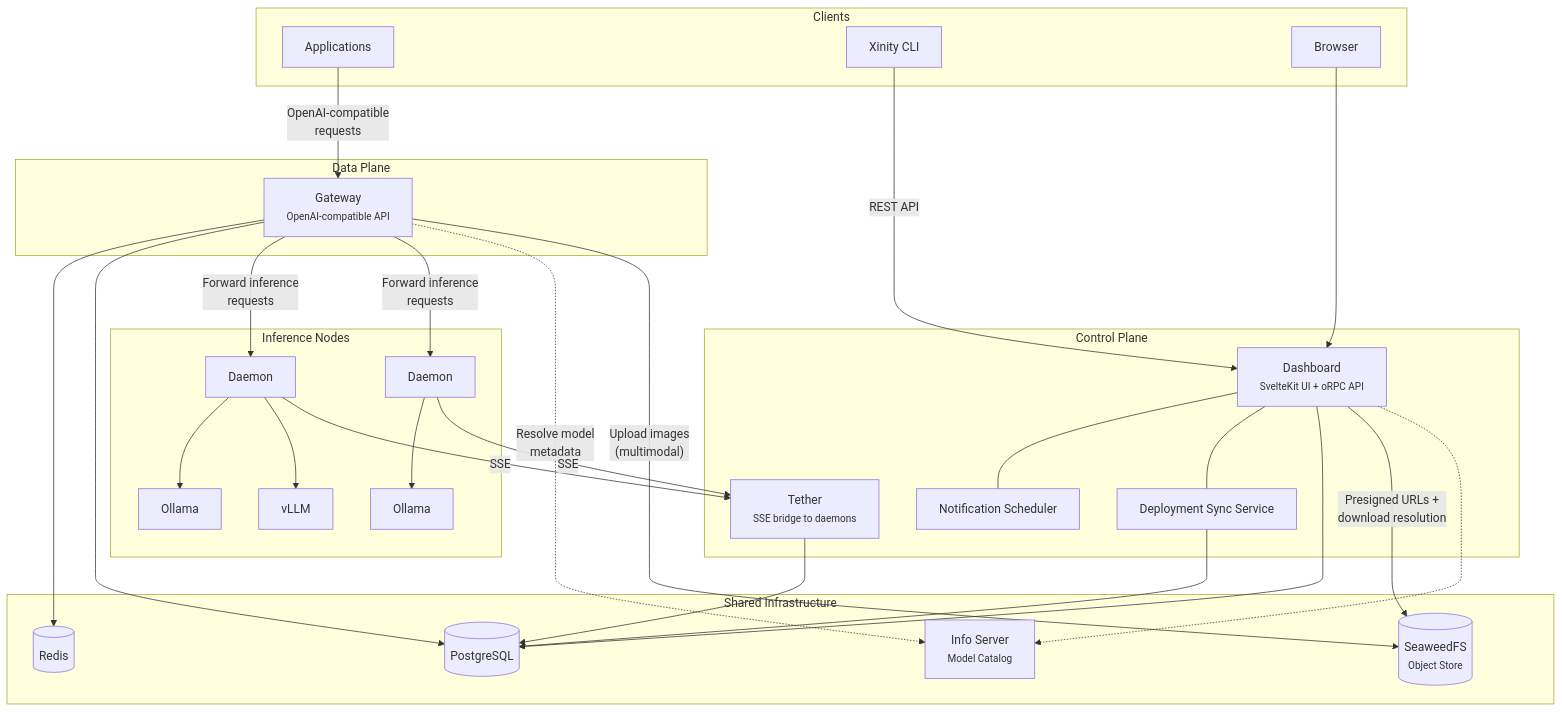
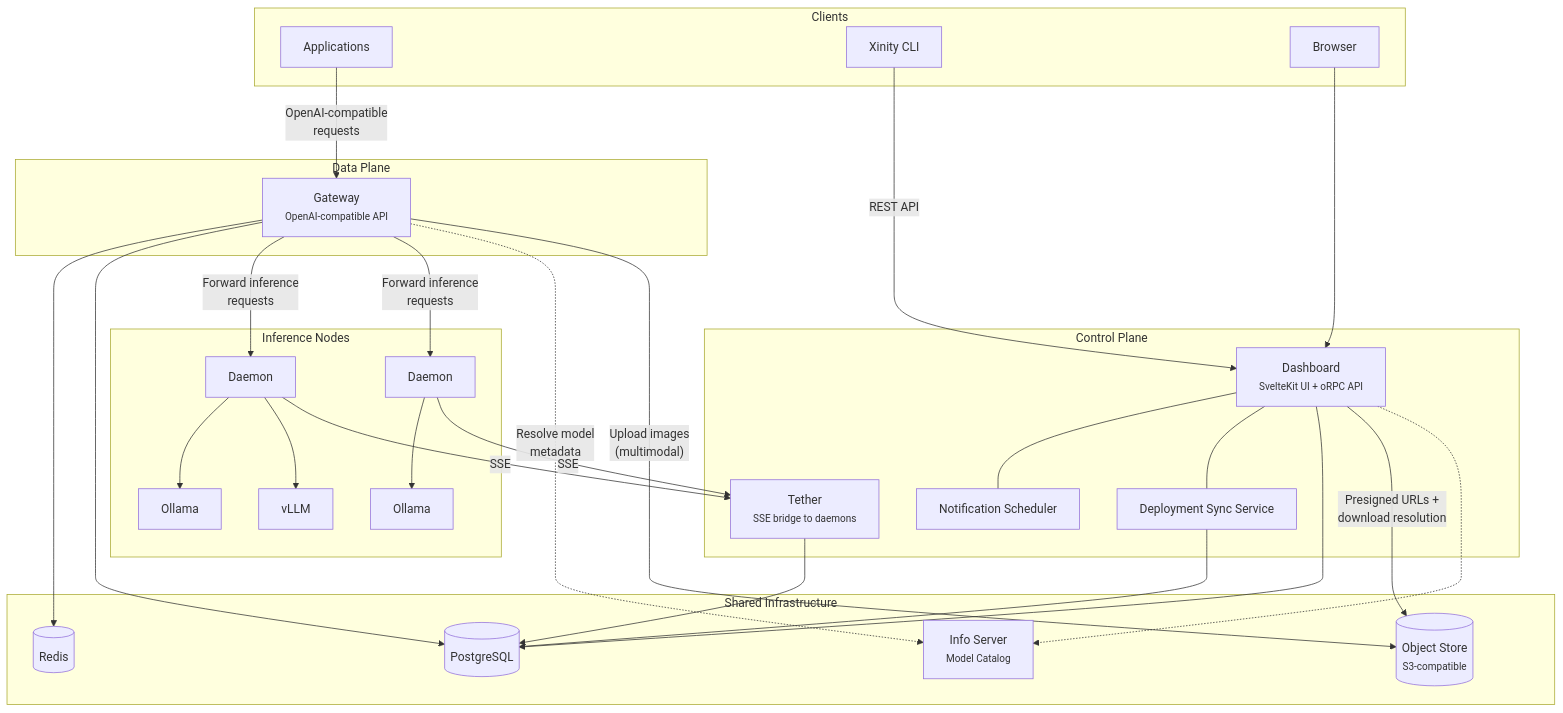
The first of 3 diagrams in docs/architecture.md (xinity-ai/xinity-ai), drawn with Mermaid before and after one commit. The commit also changed other lines of this file and 221 other files, not shown here.

````diff
--- a/docs/architecture.md
+++ b/docs/architecture.md
@@ -11,60 +11,60 @@
 ```mermaid
 graph TB
     subgraph Clients
         App["Applications"]
         CLI["Xinity CLI"]
         Browser["Browser"]
     end
 
     subgraph "Control Plane"
         Dashboard["Dashboard<br/><small>SvelteKit UI + oRPC API</small>"]
         NotifSched["Notification Scheduler"]
         DeploySync["Deployment Sync Service"]
         Dashboard --- NotifSched
         Dashboard --- DeploySync
         Tether["Tether<br/><small>SSE bridge to daemons</small>"]
     end
 
     subgraph "Data Plane"
         Gateway["Gateway<br/><small>OpenAI-compatible API</small>"]
     end
 
     subgraph "Inference Nodes"
         Daemon1["Daemon"]
         Ollama1["Ollama"]
         VLLM1["vLLM"]
         Daemon1 --> Ollama1
         Daemon1 --> VLLM1
 
         Daemon2["Daemon"]
         Ollama2["Ollama"]
         Daemon2 --> Ollama2
     end
 
     subgraph "Shared Infrastructure"
         DB[("PostgreSQL")]
         Redis[("Redis")]
         Infoserver["Info Server<br/><small>Model Catalog</small>"]
-        SeaweedFS[("SeaweedFS<br/><small>Object Store</small>")]
+        ObjectStore[("Object Store<br/><small>S3-compatible</small>")]
     end
 
     App -->|"OpenAI-compatible<br/>requests"| Gateway
     CLI -->|"REST API"| Dashboard
     Browser --> Dashboard
 
     Gateway --> Redis
     Gateway --> DB
     Gateway -->|"Forward inference<br/>requests"| Daemon1
     Gateway -->|"Forward inference<br/>requests"| Daemon2
     Gateway -.->|"Resolve model<br/>metadata"| Infoserver
-    Gateway -->|"Upload images<br/>(multimodal)"| SeaweedFS
+    Gateway -->|"Upload images<br/>(multimodal)"| ObjectStore
 
     Dashboard --> DB
-    Dashboard -->|"Presigned URLs +<br/>download resolution"| SeaweedFS
+    Dashboard -->|"Presigned URLs +<br/>download resolution"| ObjectStore
     DeploySync --> DB
 
     Tether --> DB
     Daemon1 -->|"SSE"| Tether
     Daemon2 -->|"SSE"| Tether
     Dashboard -.-> Infoserver
 ```
````
